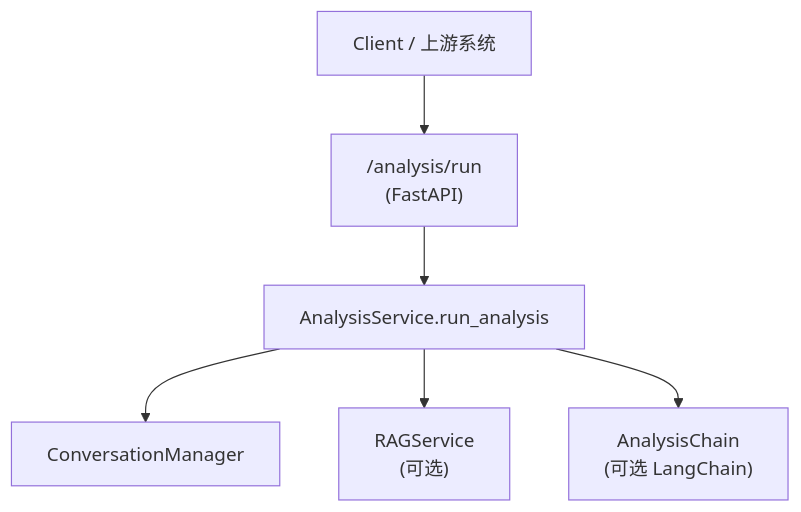
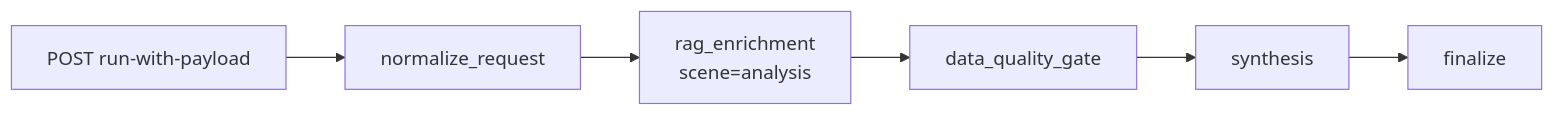
One commit to gaocf888/models_app_framework changed the first of 2 diagrams in framework-guide/综合分析整体实现技术说明.md. Above: the diagram before and after it, drawn with Mermaid. The commit also changed other lines of this file and 39 other files, not shown here.

````diff
--- a/framework-guide/综合分析整体实现技术说明.md
+++ b/framework-guide/综合分析整体实现技术说明.md
@@ -116,8 +79,8 @@
 ```mermaid
-flowchart TB
-    Client["Client / 上游系统"] --> API["/analysis/run<br/>(FastAPI)"]
-    API --> Svc["AnalysisService.run_analysis"]
-    Svc --> Conv["ConversationManager"]
-    Svc --> RAG["RAGService<br/>(可选)"]
-    Svc --> Chain["AnalysisChain<br/>(可选 LangChain)"]
+flowchart LR
+    A1["POST run-with-payload"] --> N["normalize_request"]
+    N --> R1["rag_enrichment<br/>scene=analysis"]
+    R1 --> Q["data_quality_gate"]
+    Q --> S["synthesis"]
+    S --> F["finalize"]
 ```
````
